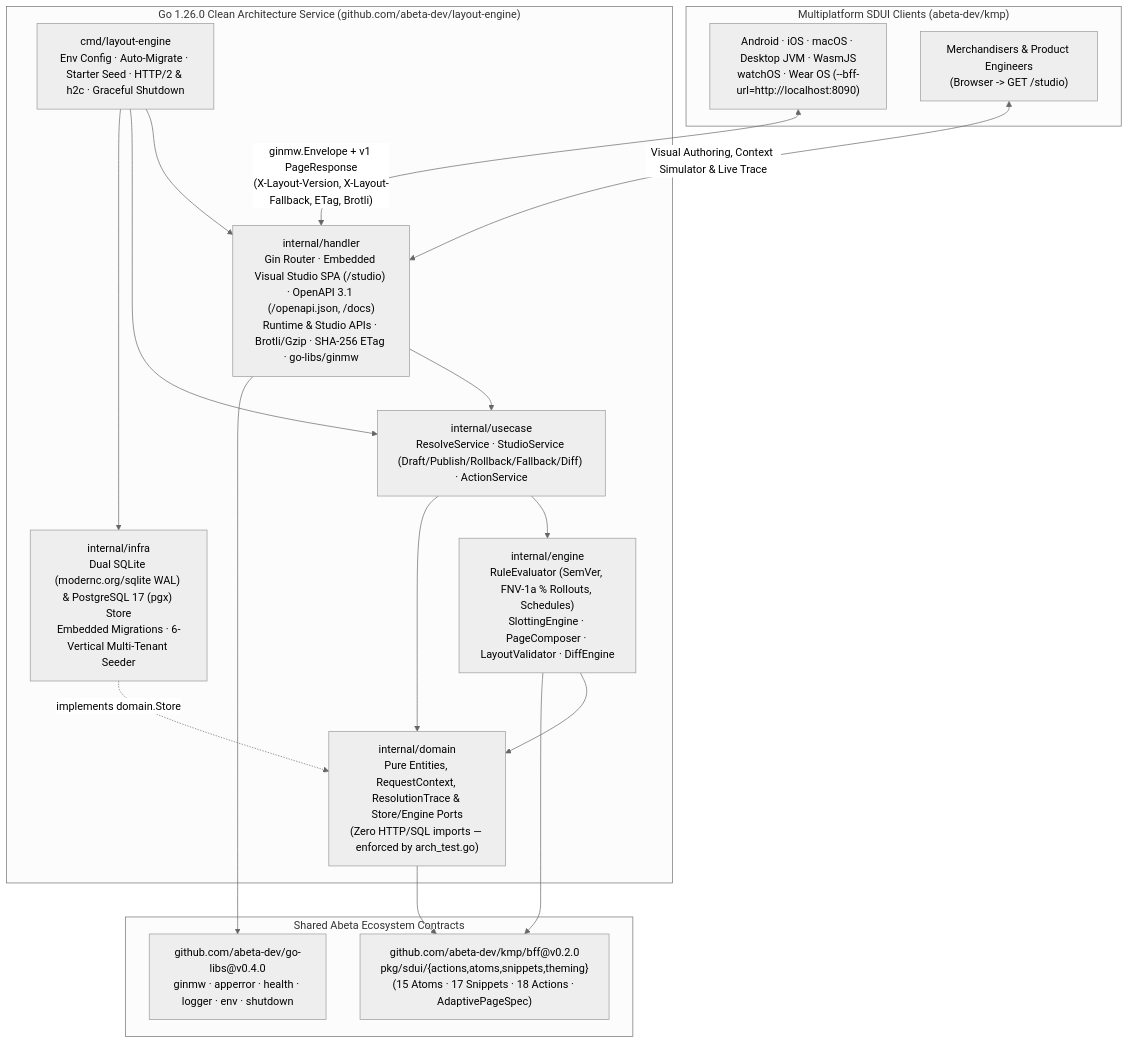
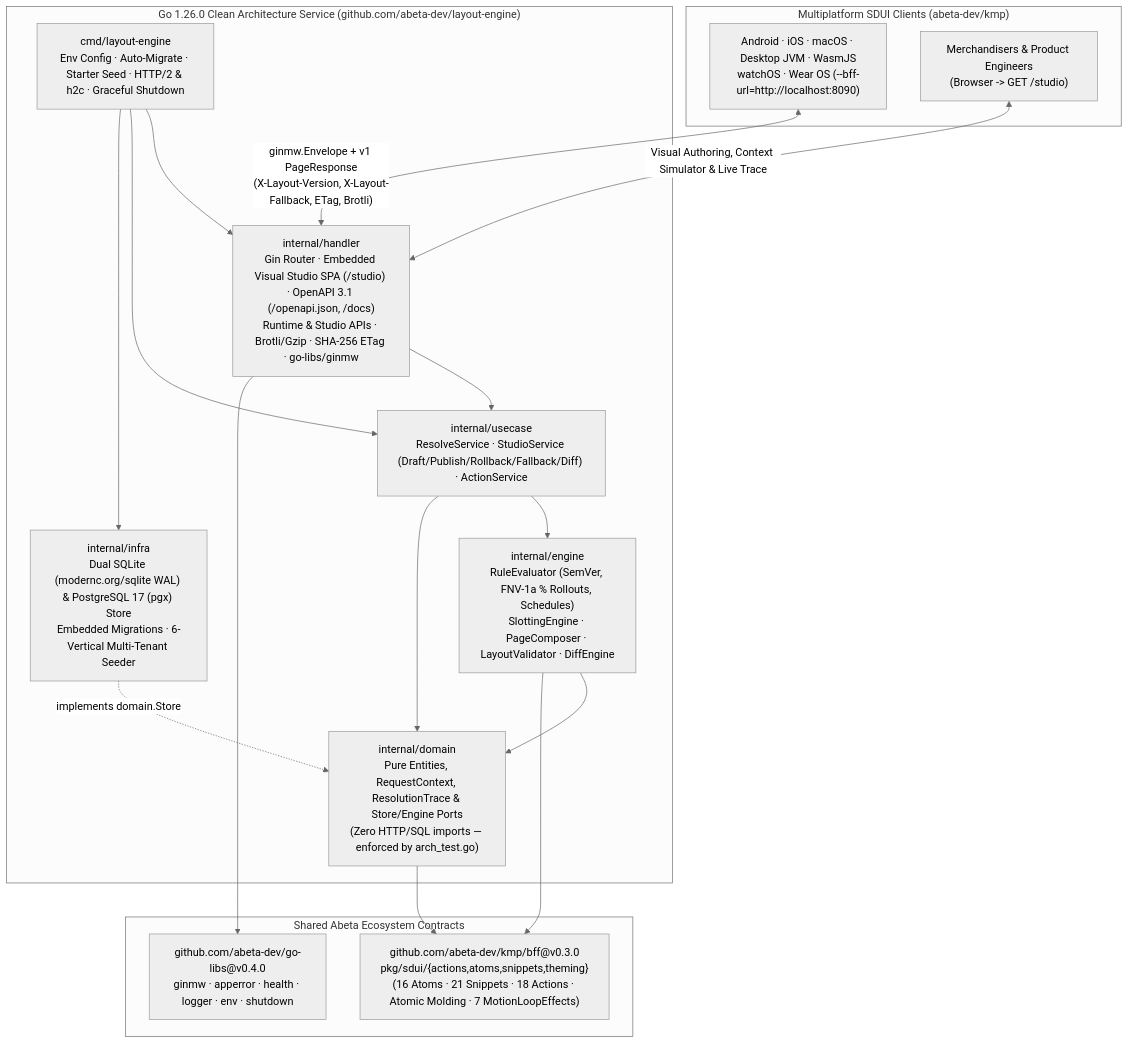
Before and after one commit to Abeta-dev/layout-engine: the diagram in README.md, drawn with Mermaid (neutral theme). The commit also changed other lines of this file and 34 other files, not shown here.

Commit message:
feat(engine): Wave 6 upgrade to kmp/bff v0.3.0 (21 snippets, nudges, order_tracker, composed_block molder)

````diff
--- a/README.md
+++ b/README.md
@@ -20,36 +20,36 @@
 ```mermaid
 flowchart TB
     subgraph Clients["Multiplatform SDUI Clients (abeta-dev/kmp)"]
         KMP["Android · iOS · macOS · Desktop JVM · WasmJS\nwatchOS · Wear OS (--bff-url=http://localhost:8090)"]
         STUDIO_USER["Merchandisers & Product Engineers\n(Browser -> GET /studio)"]
     end
 
     subgraph EngineApp["Go 1.26.0 Clean Architecture Service (github.com/abeta-dev/layout-engine)"]
         CMD["cmd/layout-engine\nEnv Config · Auto-Migrate · Starter Seed · HTTP/2 & h2c · Graceful Shutdown"]
         HANDLER["internal/handler\nGin Router · Embedded Visual Studio SPA (/studio) · OpenAPI 3.1 (/openapi.json, /docs)\nRuntime & Studio APIs · Brotli/Gzip · SHA-256 ETag · go-libs/ginmw"]
         USECASE["internal/usecase\nResolveService · StudioService (Draft/Publish/Rollback/Fallback/Diff) · ActionService"]
         ENGINE["internal/engine\nRuleEvaluator (SemVer, FNV-1a % Rollouts, Schedules)\nSlottingEngine · PageComposer · LayoutValidator · DiffEngine"]
         DOMAIN["internal/domain\nPure Entities, RequestContext, ResolutionTrace & Store/Engine Ports\n(Zero HTTP/SQL imports — enforced by arch_test.go)"]
         INFRA["internal/infra\nDual SQLite (modernc.org/sqlite WAL) & PostgreSQL 17 (pgx) Store\nEmbedded Migrations · 6-Vertical Multi-Tenant Seeder"]
 
         CMD --> HANDLER
         CMD --> USECASE
         CMD --> INFRA
         HANDLER --> USECASE
         USECASE --> ENGINE
         USECASE --> DOMAIN
         ENGINE --> DOMAIN
         INFRA -. "implements domain.Store" .-> DOMAIN
     end
 
     subgraph Shared["Shared Abeta Ecosystem Contracts"]
-        KMP_WIRE["github.com/abeta-dev/kmp/bff@v0.2.0\npkg/sdui/{actions,atoms,snippets,theming}\n(15 Atoms · 17 Snippets · 18 Actions · AdaptivePageSpec)"]
+        KMP_WIRE["github.com/abeta-dev/kmp/bff@v0.3.0\npkg/sdui/{actions,atoms,snippets,theming}\n(16 Atoms · 21 Snippets · 18 Actions · Atomic Molding · 7 MotionLoopEffects)"]
         GOLIBS["github.com/abeta-dev/go-libs@v0.4.0\nginmw · apperror · health · logger · env · shutdown"]
     end
 
     KMP <-- "ginmw.Envelope + v1 PageResponse\n(X-Layout-Version, X-Layout-Fallback, ETag, Brotli)" --> HANDLER
     STUDIO_USER <-- "Visual Authoring, Context Simulator & Live Trace" --> HANDLER
     DOMAIN --> KMP_WIRE
     ENGINE --> KMP_WIRE
     HANDLER --> GOLIBS
 ```
````
